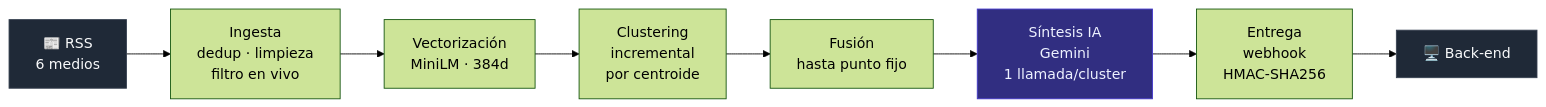
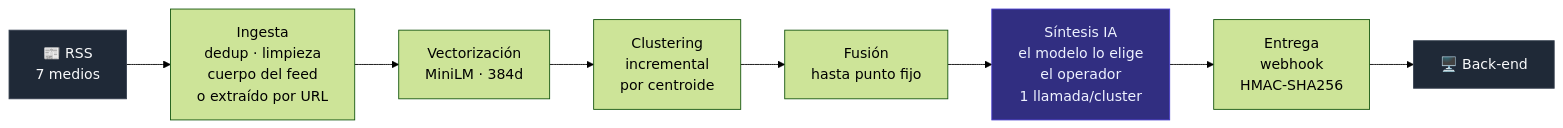
The diagram in README.md (noticias-sin-ruido/motor-noticias), drawn with Mermaid (forest theme) before and after one commit. The commit also changed other lines of this file and 6 other files, not shown here.

````diff
--- a/README.md
+++ b/README.md
@@ -19,14 +20,14 @@
 ```mermaid
 flowchart LR
-    A["📰 RSS<br/>6 medios"] --> B["Ingesta<br/>dedup · limpieza<br/>filtro en vivo"]
+    A["📰 RSS<br/>7 medios"] --> B["Ingesta<br/>dedup · limpieza<br/>cuerpo del feed<br/>o extraído por URL"]
     B --> C["Vectorización<br/>MiniLM · 384d"]
     C --> D["Clustering<br/>incremental<br/>por centroide"]
     D --> E["Fusión<br/>hasta punto fijo"]
-    E --> F["Síntesis IA<br/>Gemini<br/>1 llamada/cluster"]
+    E --> F["Síntesis IA<br/>el modelo lo elige<br/>el operador<br/>1 llamada/cluster"]
     F --> G["Entrega<br/>webhook<br/>HMAC-SHA256"]
     G --> H["🖥️ Back-end"]
 
     style A fill:#1f2937,stroke:#374151,color:#f9fafb
     style H fill:#1f2937,stroke:#374151,color:#f9fafb
     style F fill:#312e81,stroke:#4338ca,color:#eef2ff
 ```
````
